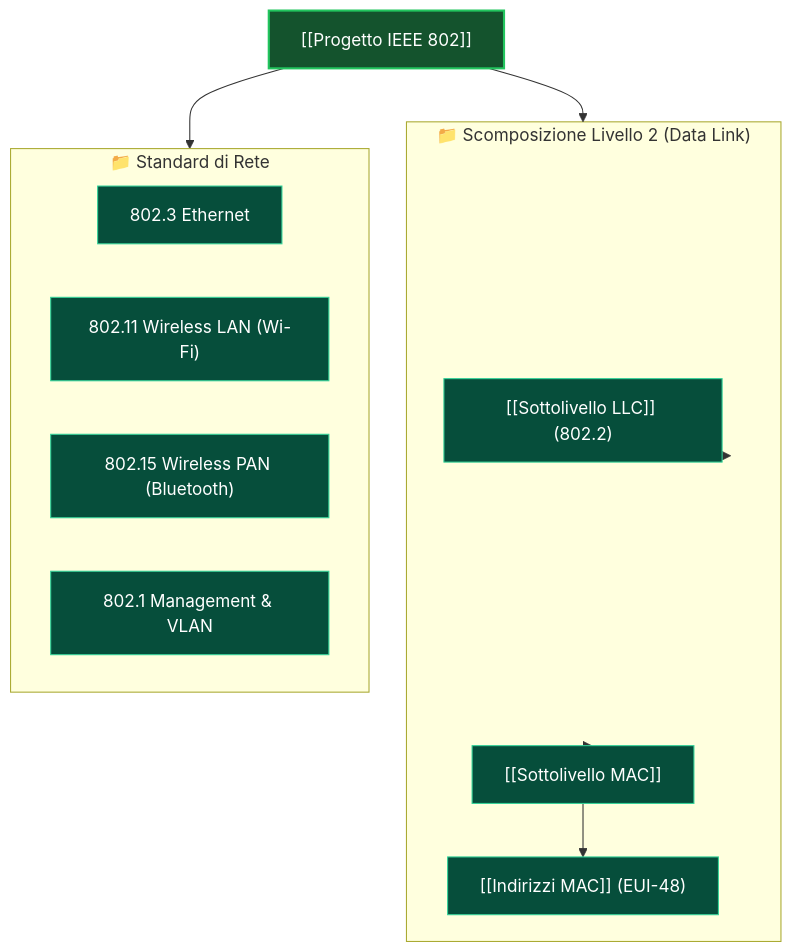
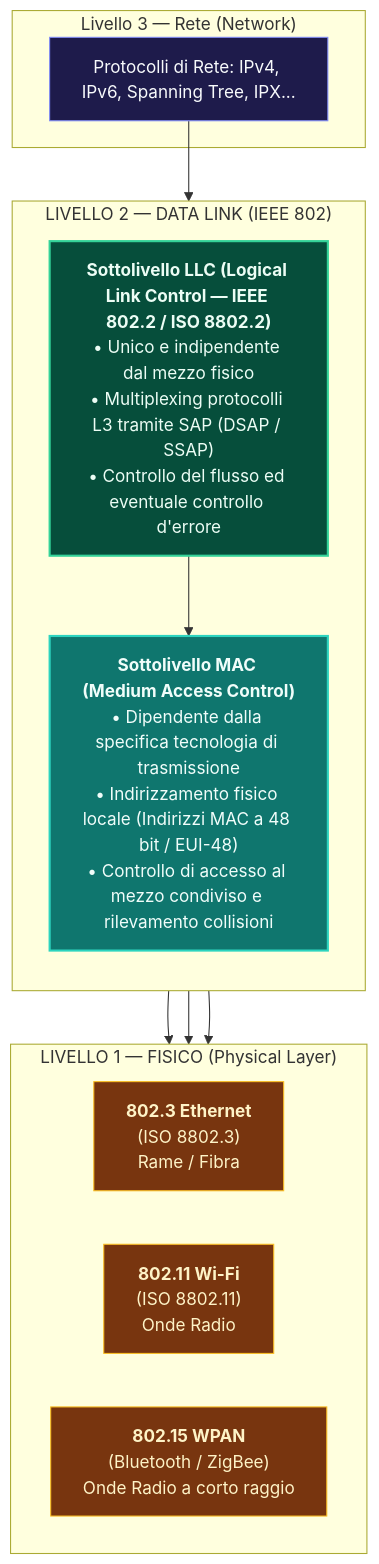
Before and after one commit to ErCiaffa/Universit-Appunti-Roma3-582304: the first of 2 diagrams in Reti di Calcolatori/IEEE 802/Progetto IEEE 802.md, drawn with Mermaid. The commit also changed other lines of this file, not shown here.

Commit message:
Migliorata e approfondita nota Progetto IEEE 802 con architettura, incapsulamento PDU e roadmap didattica

````diff
--- a/Reti di Calcolatori/IEEE 802/Progetto IEEE 802.md
+++ b/Reti di Calcolatori/IEEE 802/Progetto IEEE 802.md
@@ -5,30 +33,35 @@
 ```mermaid
 flowchart TD
-    IEEE["[[Progetto IEEE 802]]"]
-
-    subgraph Sottolivelli ["📁 Scomposizione Livello 2 (Data Link)"]
-        LLC["[[Sottolivello LLC]] (802.2)"]
-        MAC["[[Sottolivello MAC]]"]
-        INDMAC["[[Indirizzi MAC]] (EUI-48)"]
+    subgraph L3 ["Livello 3 — Rete (Network)"]
+        IP["Protocolli di Rete: IPv4, IPv6, Spanning Tree, IPX..."]
     end
 
-    subgraph Famiglie ["📁 Standard di Rete"]
-        E5["802.3 Ethernet"]
-        E11["802.11 Wireless LAN (Wi-Fi)"]
-        E15["802.15 Wireless PAN (Bluetooth)"]
-        E1["802.1 Management & VLAN"]
+    subgraph L2 ["LIVELLO 2 — DATA LINK (IEEE 802)"]
+        direction TB
+        LLC["<b>Sottolivello LLC (Logical Link Control — IEEE 802.2 / ISO 8802.2)</b><br/>• Unico e indipendente dal mezzo fisico<br/>• Multiplexing protocolli L3 tramite SAP (DSAP / SSAP)<br/>• Controllo del flusso ed eventuale controllo d'errore"]
+        MAC["<b>Sottolivello MAC (Medium Access Control)</b><br/>• Dipendente dalla specifica tecnologia di trasmissione<br/>• Indirizzamento fisico locale (Indirizzi MAC a 48 bit / EUI-48)<br/>• Controllo di accesso al mezzo condiviso e rilevamento collisioni"]
+        LLC --> MAC
     end
 
-    IEEE --> Sottolivelli
-    IEEE --> Famiglie
+    subgraph L1 ["LIVELLO 1 — FISICO (Physical Layer)"]
+        direction LR
+        P_ETH["<b>802.3 Ethernet</b><br/>(ISO 8802.3)<br/>Rame / Fibra"]
+        P_WIFI["<b>802.11 Wi-Fi</b><br/>(ISO 8802.11)<br/>Onde Radio"]
+        P_WPAN["<b>802.15 WPAN</b><br/>(Bluetooth / ZigBee)<br/>Onde Radio a corto raggio"]
+    end
 
-    Sottolivelli --> LLC
-    Sottolivelli --> MAC
-    MAC --> INDMAC
+    IP --> LLC
+    MAC --> P_ETH
+    MAC --> P_WIFI
+    MAC --> P_WPAN
 
-    classDef main fill:#14532d,stroke:#22c55e,stroke-width:2px,color:#ffffff;
-    classDef sub fill:#064e3b,stroke:#34d399,stroke-width:1px,color:#ffffff;
+    classDef l3 fill:#1e1b4b,stroke:#818cf8,color:#f8fafc;
+    classDef llc fill:#064e3b,stroke:#34d399,stroke-width:2px,color:#ecfdf5;
+    classDef mac fill:#0f766e,stroke:#2dd4bf,stroke-width:2px,color:#f0fdfa;
+    classDef phy fill:#78350f,stroke:#fbbf24,stroke-width:1px,color:#fef3c7;
 
-    class IEEE main;
-    class LLC,MAC,INDMAC,E5,E11,E15,E1 sub;
+    class IP l3;
+    class LLC llc;
+    class MAC mac;
+    class P_ETH,P_WIFI,P_WPAN phy;
 ```
````
